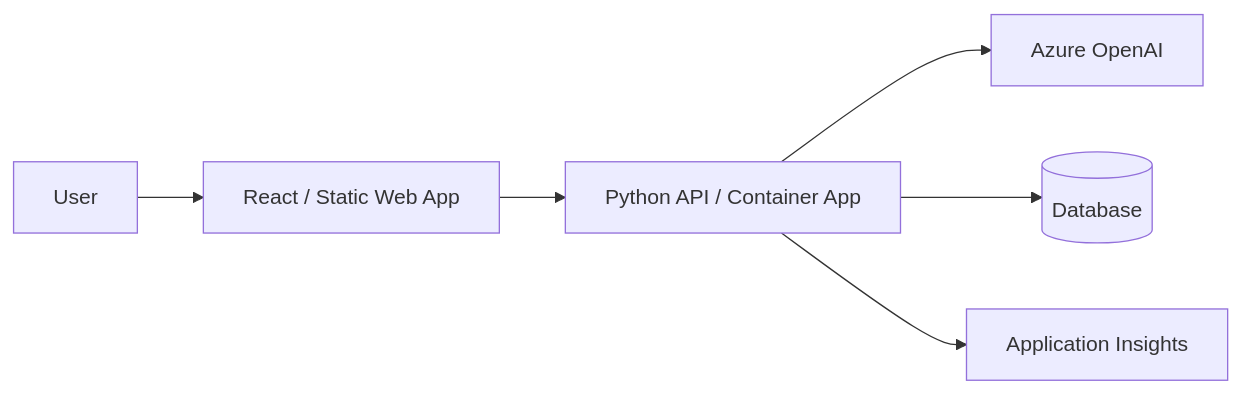
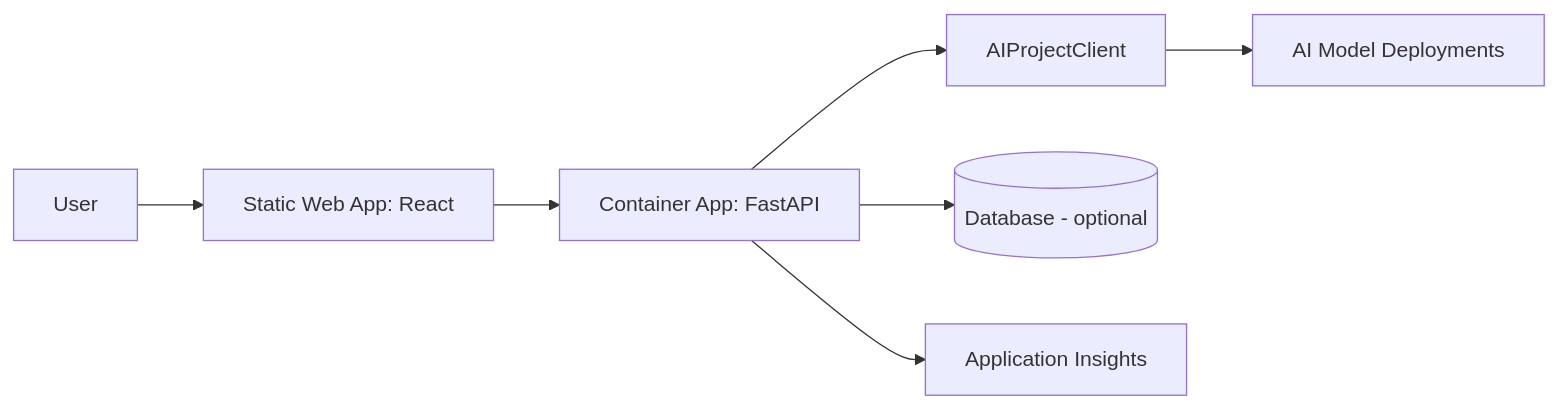
One commit to kumaraksh1/foundry-template-skill changed the second of 2 diagrams in references/full-stack-app.md. Above: the diagram before and after it, drawn with Mermaid. The commit also changed other lines of this file and 14 other files, not shown here.

````diff
--- a/references/full-stack-app.md
+++ b/references/full-stack-app.md
@@ -8,8 +21,9 @@
 ```mermaid
 graph LR
-    User[User] --> Frontend[React / Static Web App]
-    Frontend --> API[Python API / Container App]
-    API --> OpenAI[Azure OpenAI]
-    API --> DB[(Database)]
+    User[User] --> SWA[Static Web App: React]
+    SWA --> API[Container App: FastAPI]
+    API --> ProjectClient[AIProjectClient]
+    ProjectClient --> Model[AI Model Deployments]
+    API --> DB[(Database - optional)]
     API --> AppInsights[Application Insights]
 ```
````
